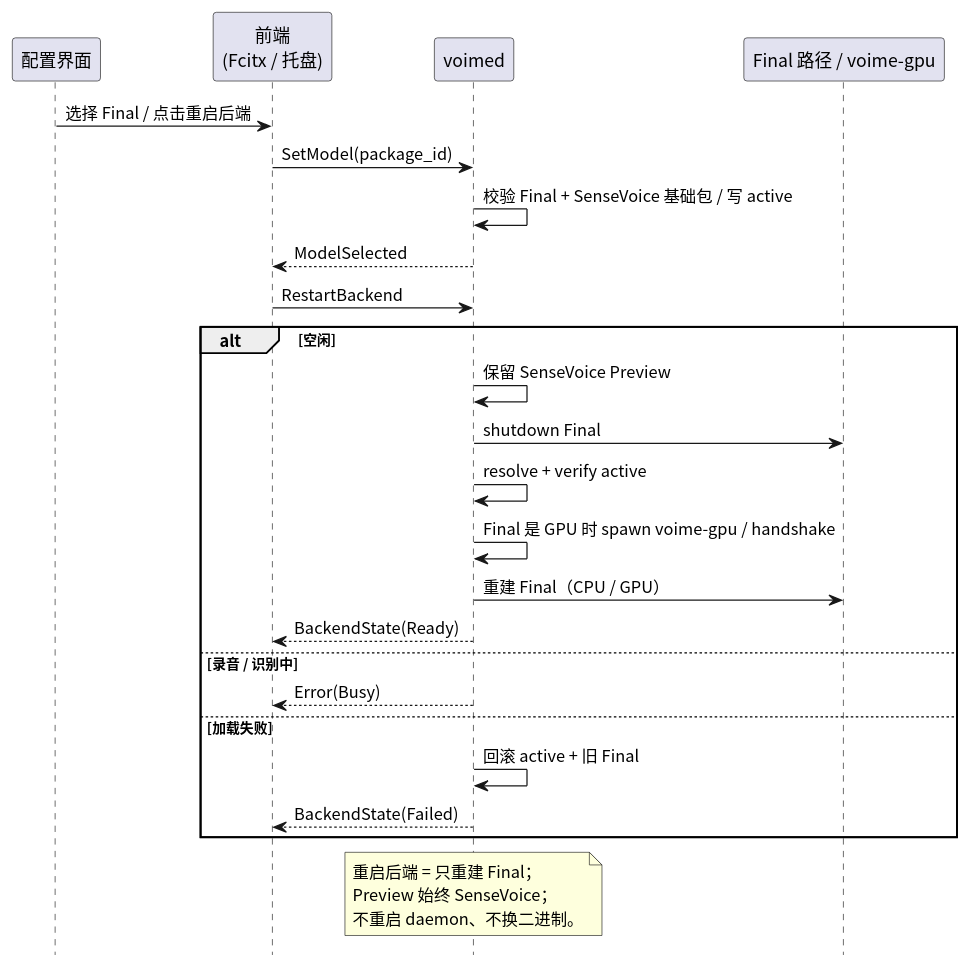
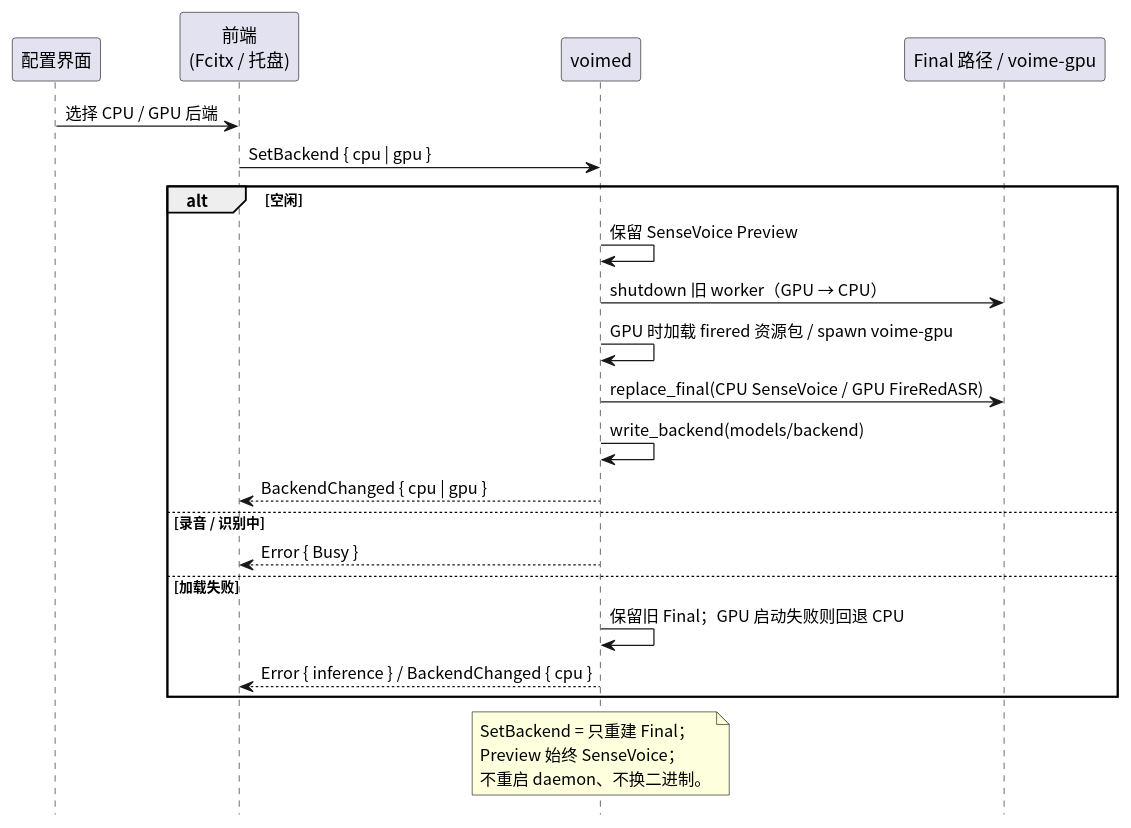
The diagram in crates/voimed/diagram/backend-restart.puml (54m43lJ/voime), drawn with PlantUML before and after one commit. The commit also changed 127 other files, not shown here.

```diff
--- a/crates/voimed/diagram/backend-restart.puml
+++ b/crates/voimed/diagram/backend-restart.puml
@@ -1,34 +1,31 @@
 @startuml
 skinparam defaultFontName "Noto Sans CJK SC"
 skinparam shadowing false
 hide footbox
 
 participant "配置界面" as UI
 participant "前端\n(Fcitx / 托盘)" as Frontend
 participant "voimed" as Daemon
 participant "Final 路径 / voime-gpu" as Pipeline
 
-UI -> Frontend : 选择 Final / 点击重启后端
-Frontend -> Daemon : SetModel(package_id)
-Daemon -> Daemon : 校验 Final + SenseVoice 基础包 / 写 active
-Daemon --> Frontend : ModelSelected
-Frontend -> Daemon : RestartBackend
+UI -> Frontend : 选择 CPU / GPU 后端
+Frontend -> Daemon : SetBackend { cpu | gpu }
 alt 空闲
   Daemon -> Daemon : 保留 SenseVoice Preview
-  Daemon -> Pipeline : shutdown Final
-  Daemon -> Daemon : resolve + verify active
-  Daemon -> Daemon : Final 是 GPU 时 spawn voime-gpu / handshake
-  Daemon -> Pipeline : 重建 Final（CPU / GPU）
-  Daemon --> Frontend : BackendState(Ready)
+  Daemon -> Pipeline : shutdown 旧 worker（GPU → CPU）
+  Daemon -> Daemon : GPU 时加载 firered 资源包 / spawn voime-gpu
+  Daemon -> Pipeline : replace_final(CPU SenseVoice / GPU FireRedASR)
+  Daemon -> Daemon : write_backend(models/backend)
+  Daemon --> Frontend : BackendChanged { cpu | gpu }
 else 录音 / 识别中
-  Daemon --> Frontend : Error(Busy)
+  Daemon --> Frontend : Error { Busy }
 else 加载失败
-  Daemon -> Daemon : 回滚 active + 旧 Final
-  Daemon --> Frontend : BackendState(Failed)
+  Daemon -> Daemon : 保留旧 Final；GPU 启动失败则回退 CPU
+  Daemon --> Frontend : Error { inference } / BackendChanged { cpu }
 end
 note over Daemon
-  重启后端 = 只重建 Final；
+  SetBackend = 只重建 Final；
   Preview 始终 SenseVoice；
   不重启 daemon、不换二进制。
 end note
 @enduml
```
